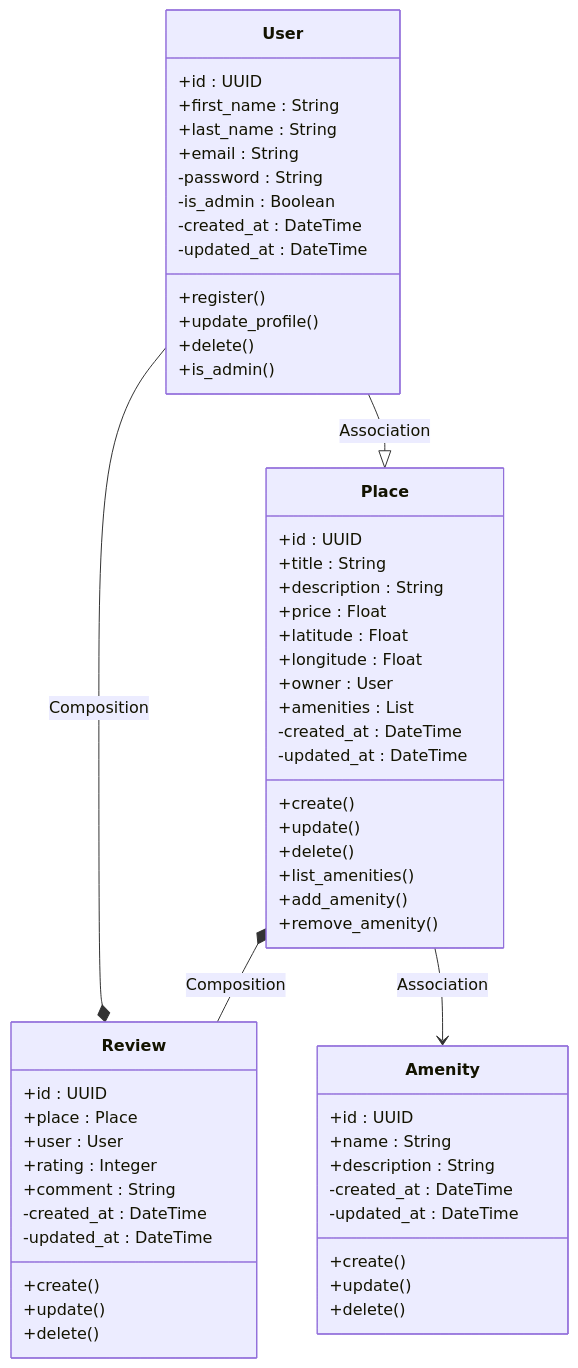
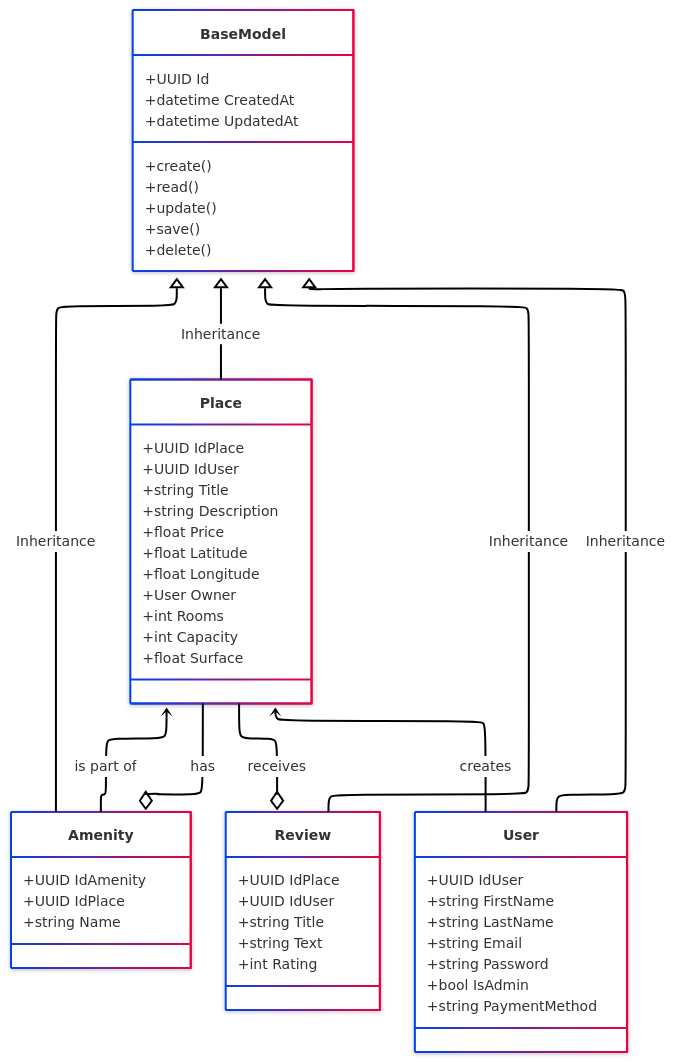
One commit to MElisoltanov/holbertonschool-hbnb changed the diagram in part1/Class_Diagram.md. Above: the diagram before and after it, drawn with Mermaid.

Commit message:
Update class diagram with inheritance and associations for User, Place, Review, and Amenity

````diff
--- a/part1/Class_Diagram.md
+++ b/part1/Class_Diagram.md
@@ -3,61 +3,62 @@
 ```mermaid
+---
+config:
+  look: neo
+  layout: elk
+  theme: neo
+---
 classDiagram
-class User {
-    +id : UUID
-    +first_name : String
-    +last_name : String
-    +email : String
-    -password : String
-    -is_admin : Boolean
-    -created_at : DateTime
-    -updated_at : DateTime
-    +register()
-    +update_profile()
-    +delete()
-    +is_admin()
-}
-class Place {
-    +id : UUID
-    +title : String
-    +description : String
-    +price : Float
-    +latitude : Float
-    +longitude : Float
-    +owner : User
-    +amenities : List
-    -created_at : DateTime
-    -updated_at : DateTime
-    +create()
-    +update()
-    +delete()
-    +list_amenities()
-    +add_amenity()
-    +remove_amenity()
-}
-class Review {
-    +id : UUID
-    +place : Place
-    +user : User
-    +rating : Integer
-    +comment : String
-    -created_at : DateTime
-    -updated_at : DateTime
-    +create()
-    +update()
-    +delete()
-}
-class Amenity {
-    +id : UUID
-    +name : String
-    +description : String
-    -created_at : DateTime
-    -updated_at : DateTime
-    +create()
-    +update()
-    +delete()
-}
-User --|> Place : Association
-Place *-- Review : Composition
-Review *-- User : Composition
-Place --> Amenity : Association
+direction BT
+    class BaseModel {
+	    +UUID Id
+	    +datetime CreatedAt
+	    +datetime UpdatedAt
+	    +create()
+	    +read()
+	    +update()
+	    +save()
+	    +delete()
+    }
+    class Amenity {
+	    +UUID IdAmenity
+	    +UUID IdPlace
+	    +string Name
+    }
+    class Review {
+	    +UUID IdPlace
+	    +UUID IdUser
+	    +string Title
+	    +string Text
+	    +int Rating
+    }
+    class Place {
+	    +UUID IdPlace
+	    +UUID IdUser
+	    +string Title
+	    +string Description
+	    +float Price
+	    +float Latitude
+	    +float Longitude
+	    +User Owner
+	    +int Rooms
+	    +int Capacity
+	    +float Surface
+    }
+    class User {
+	    +UUID IdUser
+	    +string FirstName
+	    +string LastName
+	    +string Email
+	    +string Password
+	    +bool IsAdmin
+	    +string PaymentMethod
+    }
+    Review o-- Place : receives
+    Amenity o-- Place : has
+    User --|> BaseModel : Inheritance
+    Place --|> BaseModel : Inheritance
+    Review --|> BaseModel : Inheritance
+    Amenity --|> BaseModel : Inheritance
+    User --> Place : creates
+    Amenity --> Place : is part of
 ```
````
